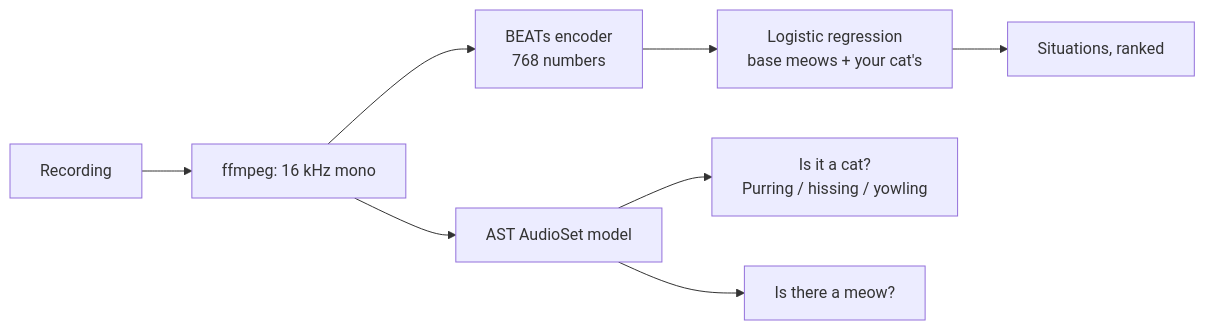
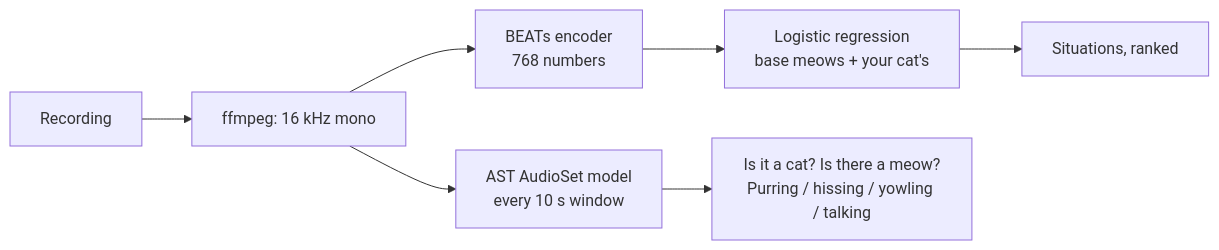
The diagram in README.md (ATHARV-IIT-BOMBAY/meow-decoder), drawn with Mermaid before and after one commit. The commit also changed other lines of this file and 31 other files, not shown here.

````diff
--- a/README.md
+++ b/README.md
@@ -292,10 +355,9 @@
 ```mermaid
 flowchart LR
     A[Recording] --> B[ffmpeg: 16 kHz mono]
     B --> C[BEATs encoder<br>768 numbers]
-    B --> D[AST AudioSet model]
+    B --> D[AST AudioSet model<br>every 10 s window]
     C --> E[Logistic regression<br>base meows + your cat's]
     E --> F[Situations, ranked]
-    D --> G[Is it a cat?<br>Purring / hissing / yowling]
-    D --> H[Is there a meow?]
+    D --> G[Is it a cat? Is there a meow?<br>Purring / hissing / yowling / talking]
 ```
````
